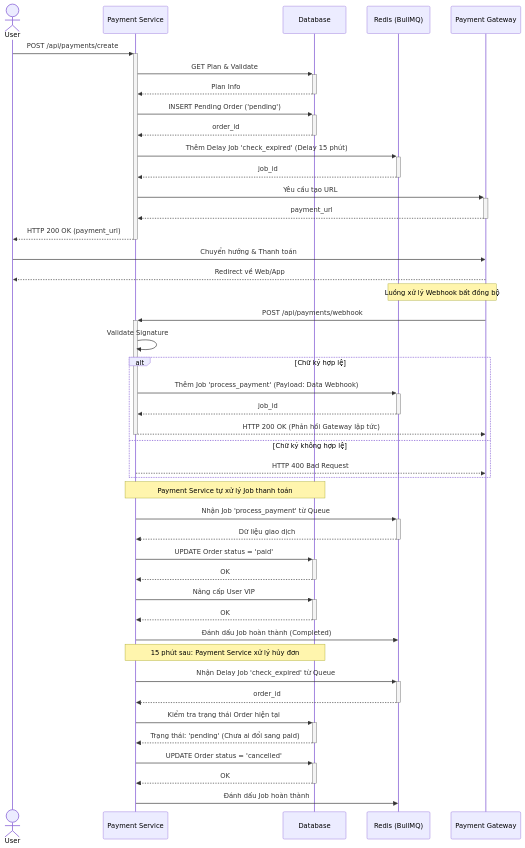
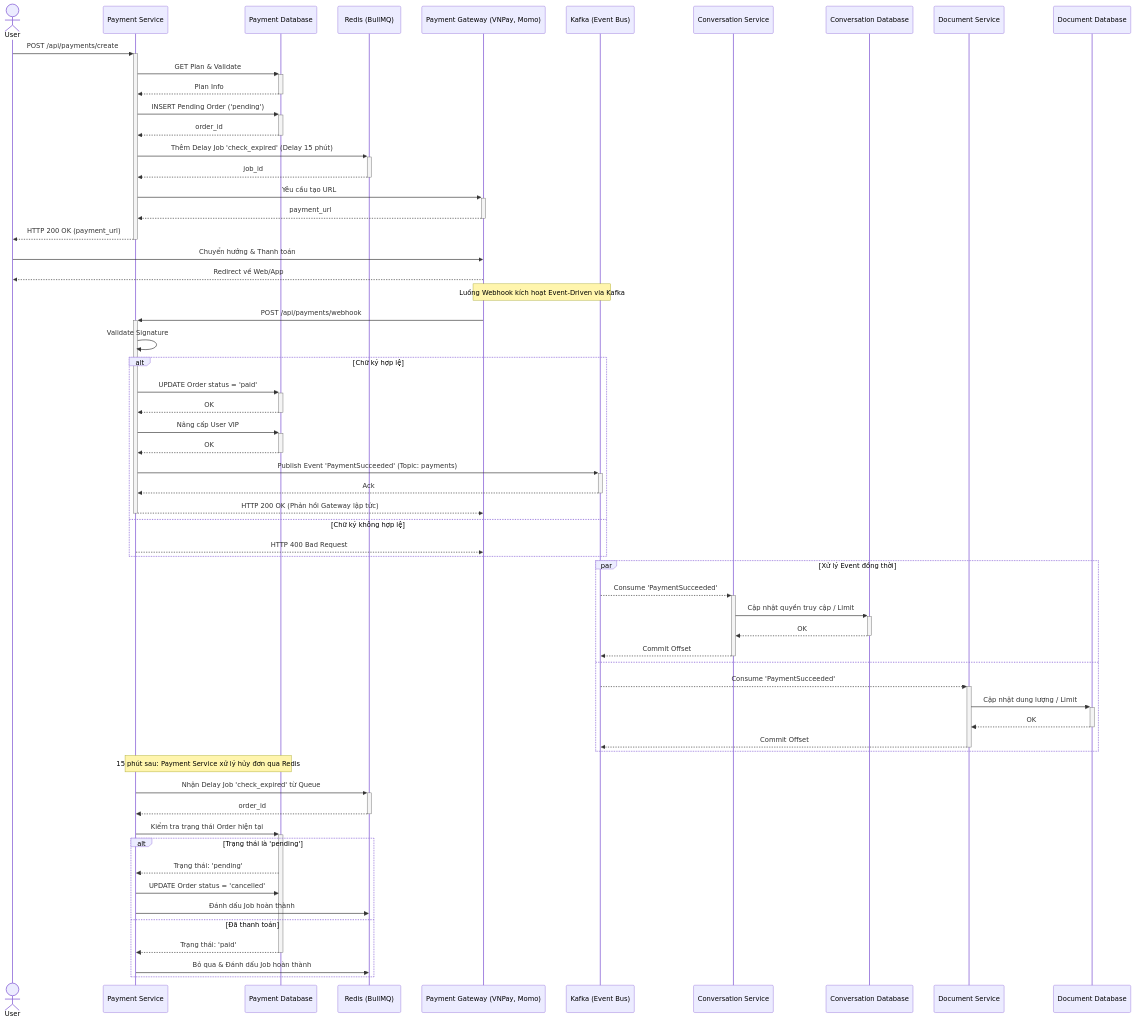
Before and after one commit to 20206205Tech/docs-markdown: the diagram in docs/1. Tổng quan đề tài/1.3. Bài toán nghiệp vụ/payment.mmd, drawn with Mermaid. The commit also changed 1 other file, not shown here.

```diff
--- a/docs/1. Tổng quan đề tài/1.3. Bài toán nghiệp vụ/payment.mmd
+++ b/docs/1. Tổng quan đề tài/1.3. Bài toán nghiệp vụ/payment.mmd
@@ -1,60 +1,79 @@
 sequenceDiagram
     actor User
     participant PaymentService as Payment Service
-    participant Database as Database
+    participant PaymentDatabase as Payment Database
     participant Redis as Redis (BullMQ)
-    participant PaymentGateway as Payment Gateway
+    participant PaymentGateway as Payment Gateway (VNPay, Momo)
+    participant Kafka as Kafka (Event Bus)
+    participant ConversationService as Conversation Service
+    participant ConversationDatabase as Conversation Database
+    participant DocumentService as Document Service
+    participant DocumentDatabase as Document Database
 
-    %% PHẦN 1: TẠO ĐƠN VÀ HẸN GIỜ HỦY
+    %% PHẦN 1: TẠO ĐƠN VÀ HẸN GIỜ HỦY (Giữ nguyên Redis)
     User->>+PaymentService: POST /api/payments/create
-    PaymentService->>+Database: GET Plan & Validate
-    Database-->>-PaymentService: Plan Info
+    PaymentService->>+PaymentDatabase: GET Plan & Validate
+    PaymentDatabase-->>-PaymentService: Plan Info
 
-    PaymentService->>+Database: INSERT Pending Order ('pending')
-    Database-->>-PaymentService: order_id
+    PaymentService->>+PaymentDatabase: INSERT Pending Order ('pending')
+    PaymentDatabase-->>-PaymentService: order_id
 
     %% Đẩy Delay Job vào BullMQ
     PaymentService->>+Redis: Thêm Delay Job 'check_expired' (Delay 15 phút)
     Redis-->>-PaymentService: job_id
 
     PaymentService->>+PaymentGateway: Yêu cầu tạo URL
     PaymentGateway-->>-PaymentService: payment_url
     PaymentService-->>-User: HTTP 200 OK (payment_url)
 
     %% PHẦN 2: THANH TOÁN
     User->>PaymentGateway: Chuyển hướng & Thanh toán
     PaymentGateway-->>User: Redirect về Web/App
 
-    %% PHẦN 3: WEBHOOK & NHẬN JOB BẤT ĐỒNG BỘ
-    Note over PaymentGateway, Redis: Luồng xử lý Webhook bất đồng bộ
+    %% PHẦN 3 & 4: WEBHOOK & KAFKA PUB/SUB
+    Note over PaymentGateway, Kafka: Luồng Webhook kích hoạt Event-Driven via Kafka
     PaymentGateway->>+PaymentService: POST /api/payments/webhook
     PaymentService->>PaymentService: Validate Signature
 
     alt Chữ ký hợp lệ
-        %% Thay vì xử lý DB ngay, đẩy vào Queue
-        PaymentService->>+Redis: Thêm Job 'process_payment' (Payload: Data Webhook)
-        Redis-->>-PaymentService: job_id
+        PaymentService->>+PaymentDatabase: UPDATE Order status = 'paid'
+        PaymentDatabase-->>-PaymentService: OK
+        PaymentService->>+PaymentDatabase: Nâng cấp User VIP
+        PaymentDatabase-->>-PaymentService: OK
+
+        %% Publish Event lên Kafka
+        PaymentService->>+Kafka: Publish Event 'PaymentSucceeded' (Topic: payments)
+        Kafka-->>-PaymentService: Ack
+
         PaymentService-->>-PaymentGateway: HTTP 200 OK (Phản hồi Gateway lập tức)
     else Chữ ký không hợp lệ
         PaymentService-->>PaymentGateway: HTTP 400 Bad Request
     end
 
-    %% PHẦN 4: XỬ LÝ JOB THANH TOÁN THÀNH CÔNG (Chạy ngầm trong Payment Service)
-    Note over PaymentService, Database: Payment Service tự xử lý Job thanh toán
-    PaymentService->>+Redis: Nhận Job 'process_payment' từ Queue
-    Redis-->>-PaymentService: Dữ liệu giao dịch
-    PaymentService->>+Database: UPDATE Order status = 'paid'
-    Database-->>-PaymentService: OK
-    PaymentService->>+Database: Nâng cấp User VIP
-    Database-->>-PaymentService: OK
-    PaymentService->>Redis: Đánh dấu Job hoàn thành (Completed)
+    %% Các service khác tự động Consume Event từ Kafka
+    par Xử lý Event đồng thời
+        Kafka-->>+ConversationService: Consume 'PaymentSucceeded'
+        ConversationService->>+ConversationDatabase: Cập nhật quyền truy cập / Limit
+        ConversationDatabase-->>-ConversationService: OK
+        ConversationService-->>-Kafka: Commit Offset
+    and
+        Kafka-->>+DocumentService: Consume 'PaymentSucceeded'
+        DocumentService->>+DocumentDatabase: Cập nhật dung lượng / Limit
+        DocumentDatabase-->>-DocumentService: OK
+        DocumentService-->>-Kafka: Commit Offset
+    end
 
     %% PHẦN 5: XỬ LÝ DELAY JOB (Sau 15 phút nếu chưa thanh toán)
-    Note over PaymentService, Database: 15 phút sau: Payment Service xử lý hủy đơn
+    Note over PaymentService, PaymentDatabase: 15 phút sau: Payment Service xử lý hủy đơn qua Redis
     PaymentService->>+Redis: Nhận Delay Job 'check_expired' từ Queue
     Redis-->>-PaymentService: order_id
-    PaymentService->>+Database: Kiểm tra trạng thái Order hiện tại
-    Database-->>-PaymentService: Trạng thái: 'pending' (Chưa ai đổi sang paid)
-    PaymentService->>+Database: UPDATE Order status = 'cancelled'
-    Database-->>-PaymentService: OK
-    PaymentService->>Redis: Đánh dấu Job hoàn thành
+    PaymentService->>+PaymentDatabase: Kiểm tra trạng thái Order hiện tại
+
+    alt Trạng thái là 'pending'
+        PaymentDatabase-->>PaymentService: Trạng thái: 'pending'
+        PaymentService->>PaymentDatabase: UPDATE Order status = 'cancelled'
+        PaymentService->>Redis: Đánh dấu Job hoàn thành
+    else Đã thanh toán
+        PaymentDatabase-->>-PaymentService: Trạng thái: 'paid'
+        PaymentService->>Redis: Bỏ qua & Đánh dấu Job hoàn thành
+    end
```
